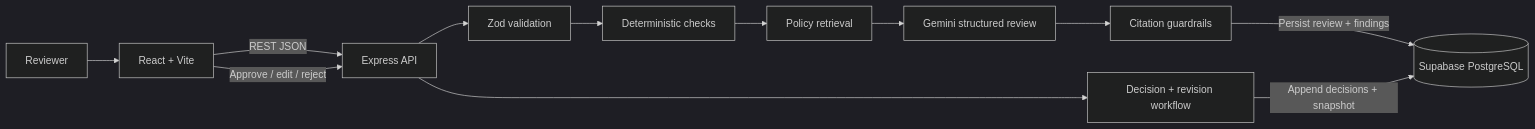
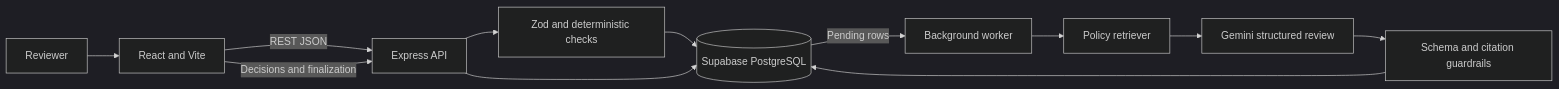
The first of 7 diagrams in README.md (ashwani-raj1/Aggroso), drawn with Mermaid (dark theme) before and after one commit. The commit also changed other lines of this file and 6 other files, not shown here.

Commit message:
docs: finalize workflows diagrams and screenshots

````diff
--- a/README.md
+++ b/README.md
@@ -114,14 +106,14 @@
 ```mermaid
 flowchart LR
-    U[Reviewer] --> F[React + Vite]
-    F -->|REST JSON| E[Express API]
-    E --> Z[Zod validation]
-    Z --> D[Deterministic checks]
-    D --> P[Policy retrieval]
-    P --> G[Gemini structured review]
-    G --> C[Citation guardrails]
-    C -->|Persist review + findings| DB[(Supabase PostgreSQL)]
-    F -->|Approve / edit / reject| E
-    E --> R[Decision + revision workflow]
-    R -->|Append decisions + snapshot| DB
+    Reviewer[Reviewer] --> UI[React and Vite]
+    UI -->|REST JSON| API[Express API]
+    API --> Validate[Zod and deterministic checks]
+    Validate --> DB[(Supabase PostgreSQL)]
+    DB -->|Pending rows| Worker[Background worker]
+    Worker --> Retrieve[Policy retriever]
+    Retrieve --> Gemini[Gemini structured review]
+    Gemini --> Guard[Schema and citation guardrails]
+    Guard --> DB
+    UI -->|Decisions and finalization| API
+    API --> DB
 ```
````
